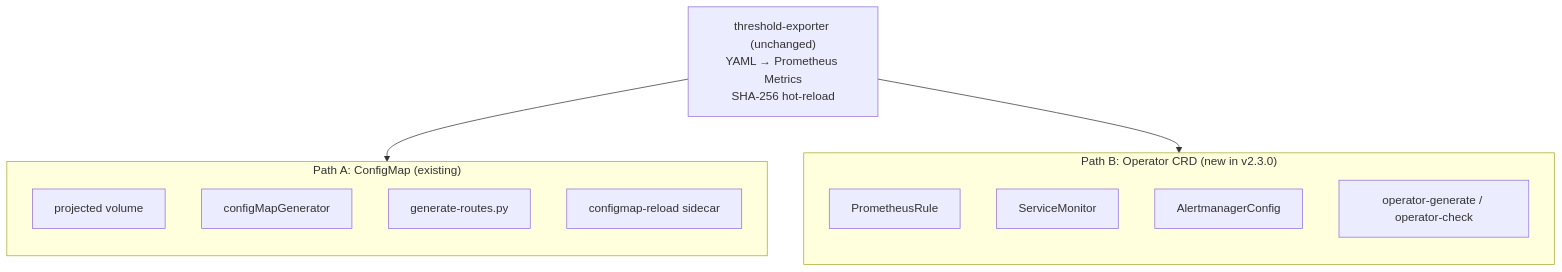
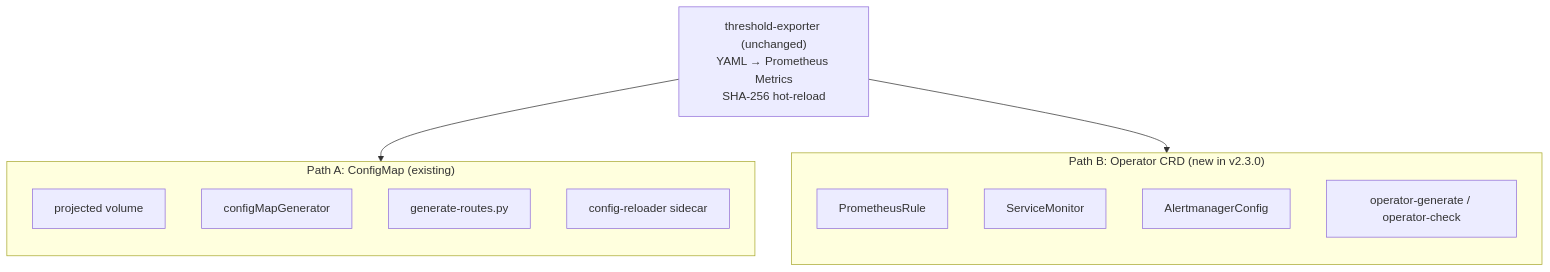
The first of 2 diagrams in docs/adr/008-operator-native-integration-path.en.md (vencil/Dynamic-Alerting-Integrations), drawn with Mermaid before and after one commit. The commit also changed other lines of this file and 33 other files, not shown here.

````diff
--- a/docs/adr/008-operator-native-integration-path.en.md
+++ b/docs/adr/008-operator-native-integration-path.en.md
@@ -43,22 +43,22 @@
 ```mermaid
 graph TB
     TE["threshold-exporter (unchanged)<br/>YAML → Prometheus Metrics<br/>SHA-256 hot-reload"]
     TE --> PA
     TE --> PB
 
     subgraph PA["Path A: ConfigMap (existing)"]
         direction TB
         PA1["projected volume"]
         PA2["configMapGenerator"]
         PA3["generate-routes.py"]
-        PA4["configmap-reload sidecar"]
+        PA4["config-reloader sidecar"]
     end
 
     subgraph PB["Path B: Operator CRD (new in v2.3.0)"]
         direction TB
         PB1["PrometheusRule"]
         PB2["ServiceMonitor"]
         PB3["AlertmanagerConfig"]
         PB4["operator-generate / operator-check"]
     end
 ```
````
